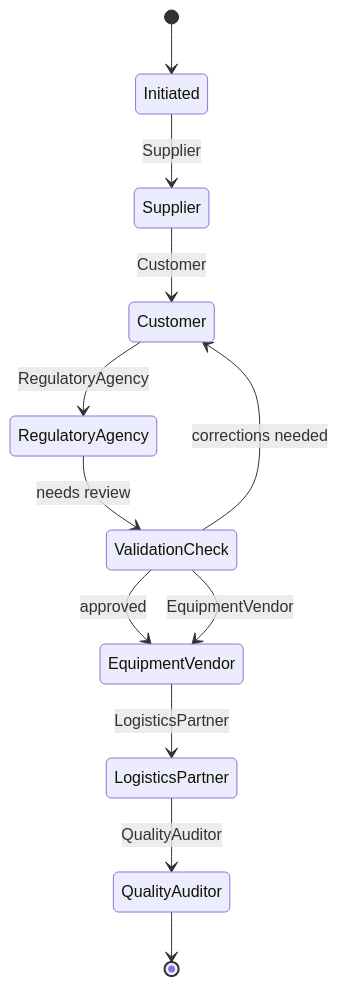
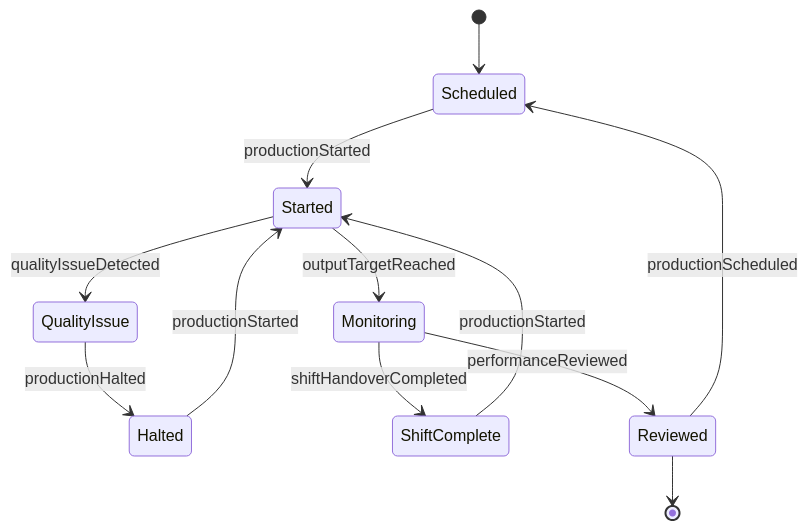
The second of 4 diagrams in GuidingDirectingAndMotivatingSubordinates/DirectOrganizationalOperationsActivitiesOrProcedures/DirectOperationalProductionActivities.mdx (dot-org-ai/tasks.org.ai), drawn with Mermaid before and after one commit. The commit also changed other lines of this file and 515 other files, not shown here.

````diff
--- a/GuidingDirectingAndMotivatingSubordinates/DirectOrganizationalOperationsActivitiesOrProcedures/DirectOperationalProductionActivities.mdx
+++ b/GuidingDirectingAndMotivatingSubordinates/DirectOrganizationalOperationsActivitiesOrProcedures/DirectOperationalProductionActivities.mdx
@@ -110,14 +108,14 @@
 ```mermaid
 stateDiagram-v2
-    [*] --> Initiated
-    Initiated --> Supplier: Supplier
-    Supplier --> Customer: Customer
-    Customer --> RegulatoryAgency: RegulatoryAgency
-    RegulatoryAgency --> ValidationCheck: needs review
-    ValidationCheck --> Customer: corrections needed
-    ValidationCheck --> EquipmentVendor: approved
-    ValidationCheck --> EquipmentVendor: EquipmentVendor
-    EquipmentVendor --> LogisticsPartner: LogisticsPartner
-    LogisticsPartner --> QualityAuditor: QualityAuditor
-    QualityAuditor --> [*]
+    [*] --> Scheduled
+    Scheduled --> Started : productionStarted
+    Started --> Monitoring : outputTargetReached
+    Started --> QualityIssue : qualityIssueDetected
+    QualityIssue --> Halted : productionHalted
+    Halted --> Started : productionStarted
+    Monitoring --> ShiftComplete : shiftHandoverCompleted
+    ShiftComplete --> Started : productionStarted
+    Monitoring --> Reviewed : performanceReviewed
+    Reviewed --> Scheduled : productionScheduled
+    Reviewed --> [*]
 ```
````
